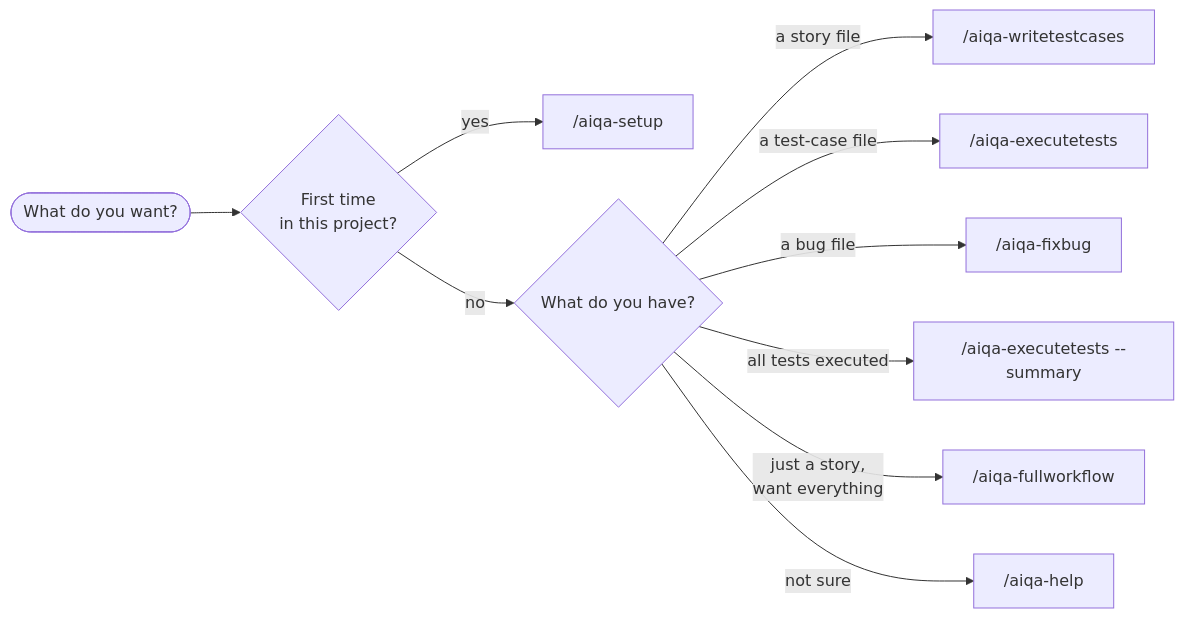
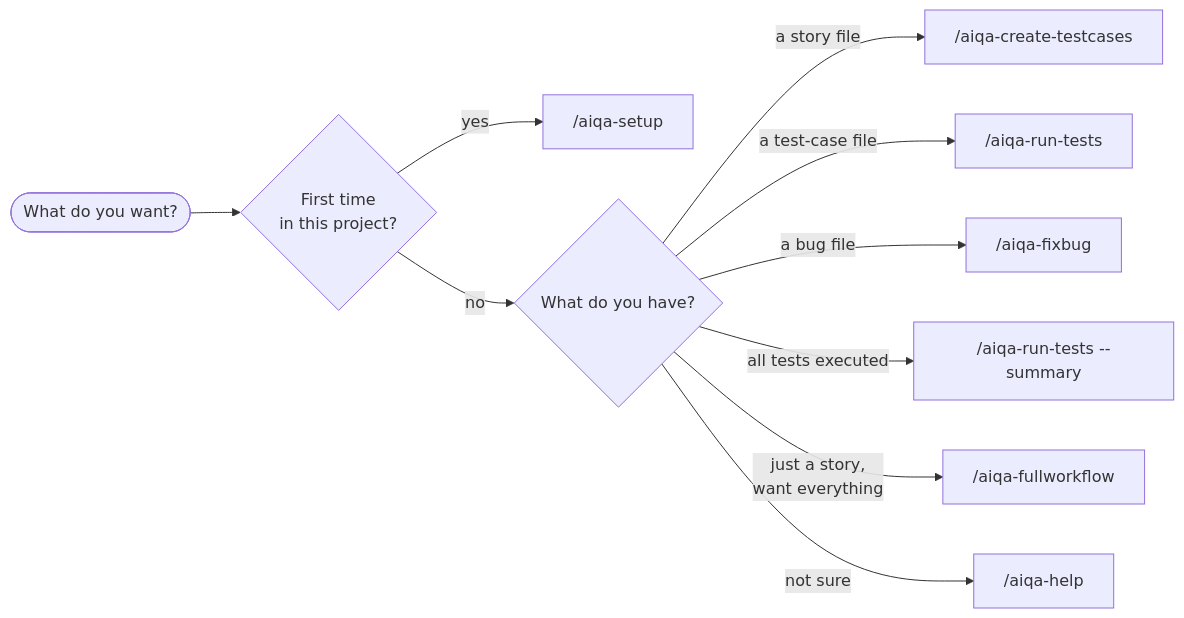
The diagram in docs/diagrams/which-command.mmd (afmelwekeel/AI-QA-Framework), drawn with Mermaid before and after one commit. The commit also changed 38 other files, not shown here.

```diff
--- a/docs/diagrams/which-command.mmd
+++ b/docs/diagrams/which-command.mmd
@@ -1,10 +1,10 @@
 flowchart LR
     Start([What do you want?]) --> N{First time<br/>in this project?}
     N -->|yes| A["/aiqa-setup"]
     N -->|no| B{What do you have?}
-    B -->|a story file| C["/aiqa-writetestcases"]
-    B -->|a test-case file| D["/aiqa-executetests"]
+    B -->|a story file| C["/aiqa-create-testcases"]
+    B -->|a test-case file| D["/aiqa-run-tests"]
     B -->|a bug file| E["/aiqa-fixbug"]
-    B -->|all tests executed| F["/aiqa-executetests --summary"]
+    B -->|all tests executed| F["/aiqa-run-tests --summary"]
     B -->|just a story,<br/>want everything| G["/aiqa-fullworkflow"]
     B -->|not sure| H["/aiqa-help"]
```
